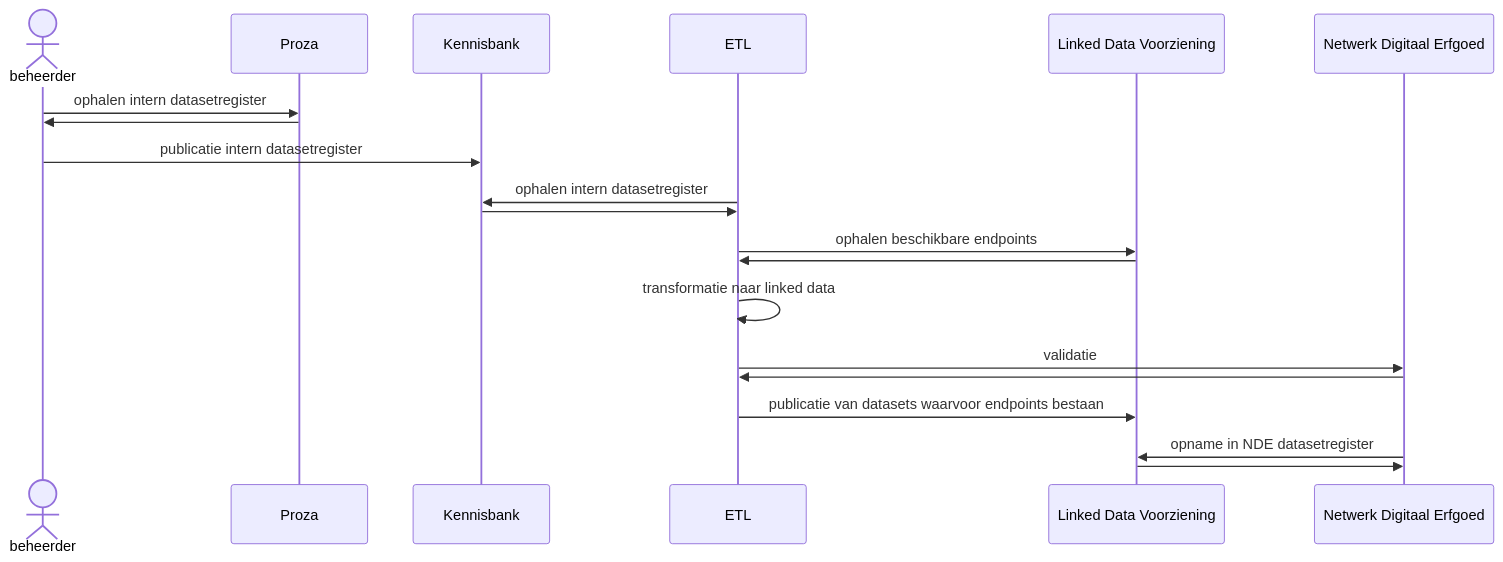
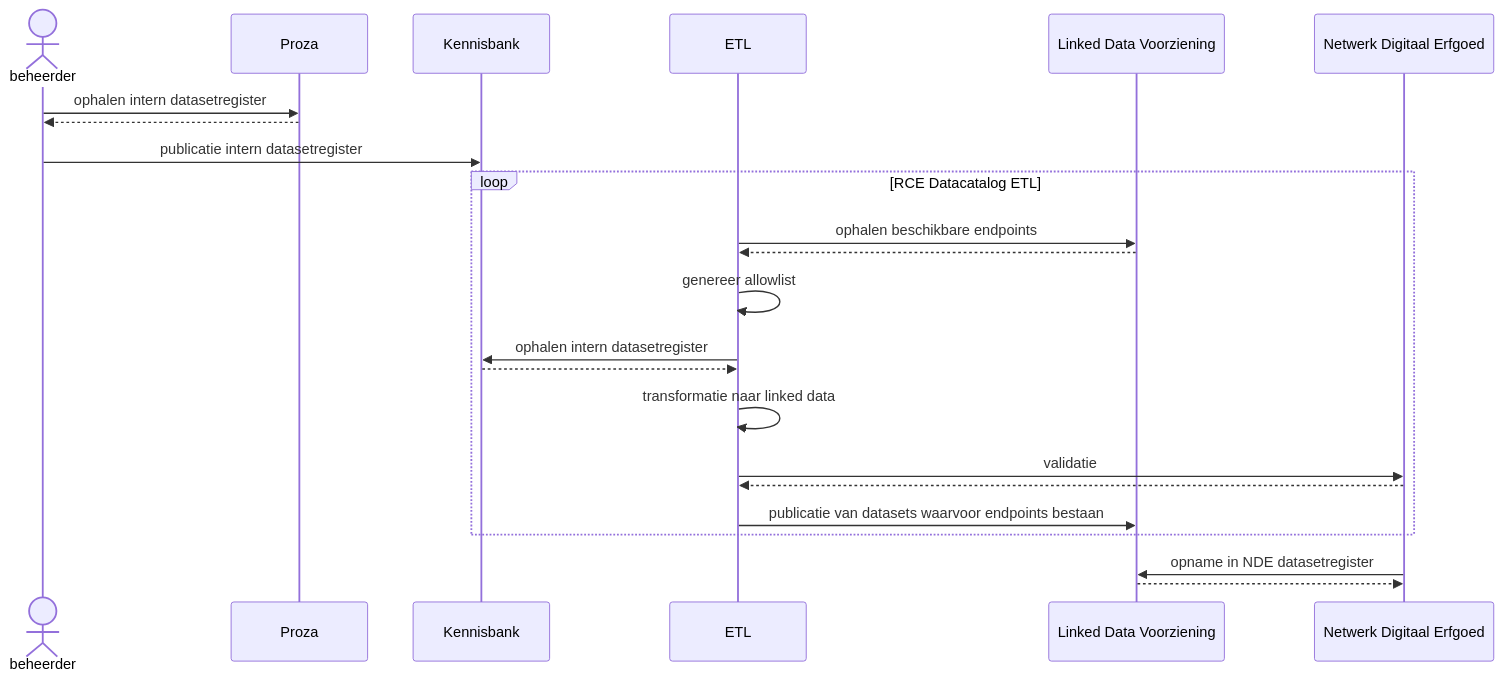
One commit to cultureelerfgoed/datacatalog-etl changed the diagram in README.md. Above: the diagram before and after it, drawn with Mermaid.

````diff
--- a/README.md
+++ b/README.md
@@ -12,23 +12,26 @@
 ```mermaid
 sequenceDiagram;
     actor beheerder
     participant Proza 
     participant Kennisbank
     participant ETL
     participant Linked Data Voorziening
     participant Netwerk Digitaal Erfgoed
     
     beheerder->>Proza:ophalen intern datasetregister
-    Proza->>beheerder:
+    Proza-->>beheerder:
     beheerder->>Kennisbank:publicatie intern datasetregister
-    ETL->>Kennisbank:ophalen intern datasetregister
-    Kennisbank->>ETL:
-    ETL->>Linked Data Voorziening:ophalen beschikbare endpoints
-    Linked Data Voorziening->>ETL:
-    ETL->>ETL:transformatie naar linked data
-    ETL->>Netwerk Digitaal Erfgoed:validatie
-    Netwerk Digitaal Erfgoed->>ETL:
-    ETL->>Linked Data Voorziening:publicatie van datasets waarvoor endpoints bestaan
+    loop RCE Datacatalog ETL
+        ETL->>Linked Data Voorziening:ophalen beschikbare endpoints
+        Linked Data Voorziening-->>ETL:
+        ETL->>ETL:genereer allowlist
+        ETL->>Kennisbank:ophalen intern datasetregister
+        Kennisbank-->>ETL:
+        ETL->>ETL:transformatie naar linked data
+        ETL->>Netwerk Digitaal Erfgoed:validatie
+        Netwerk Digitaal Erfgoed-->>ETL:
+        ETL->>Linked Data Voorziening:publicatie van datasets waarvoor endpoints bestaan
+    end
     Netwerk Digitaal Erfgoed->>Linked Data Voorziening:opname in NDE datasetregister
-    Linked Data Voorziening->>Netwerk Digitaal Erfgoed:
+    Linked Data Voorziening-->>Netwerk Digitaal Erfgoed:
 ```
````
